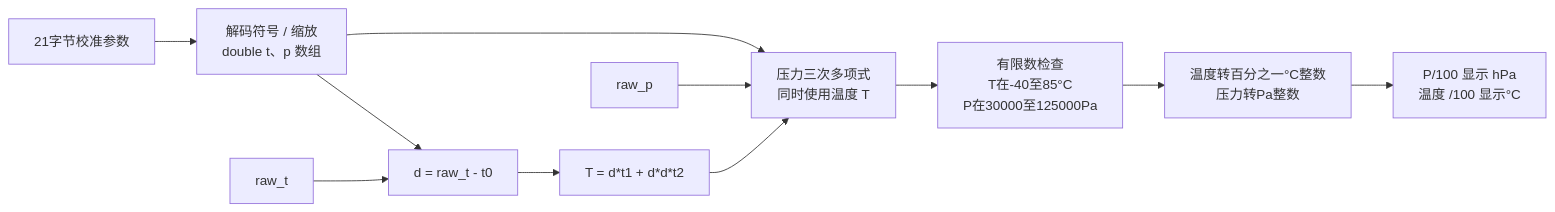
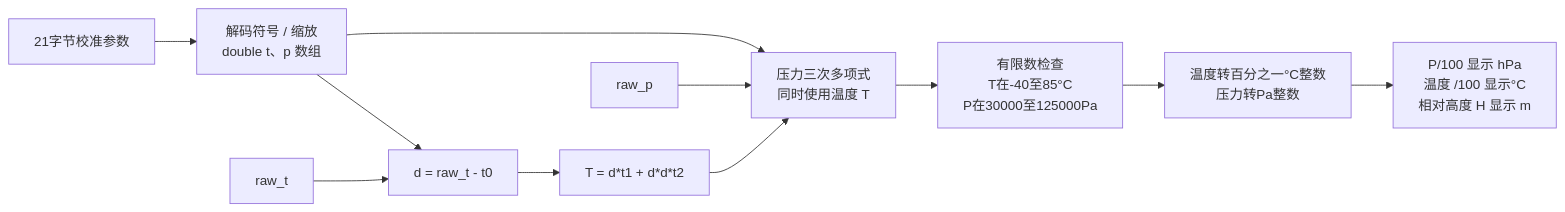
Before and after one commit to Killvinrie/quad: the seventh of 16 diagrams in software/docs/PROGRAM_FLOW.md, drawn with Mermaid. The commit also changed other lines of this file and 31 other files, not shown here.

````diff
--- a/software/docs/PROGRAM_FLOW.md
+++ b/software/docs/PROGRAM_FLOW.md
@@ -237,13 +237,13 @@
 ```mermaid
 flowchart LR
     A["21字节校准参数"] --> B["解码符号 / 缩放<br/>double t、p 数组"]
     R["raw_t"] --> C["d = raw_t - t0"]
     B --> C
     C --> D["T = d*t1 + d*d*t2"]
     P["raw_p"] --> E["压力三次多项式<br/>同时使用温度 T"]
     B --> E
     D --> E
     E --> F["有限数检查<br/>T在-40至85°C<br/>P在30000至125000Pa"]
     F --> G["温度转百分之一°C整数<br/>压力转Pa整数"]
-    G --> H["P/100 显示 hPa<br/>温度 /100 显示°C"]
+    G --> H["P/100 显示 hPa<br/>温度 /100 显示°C<br/>相对高度 H 显示 m"]
 ```
````
